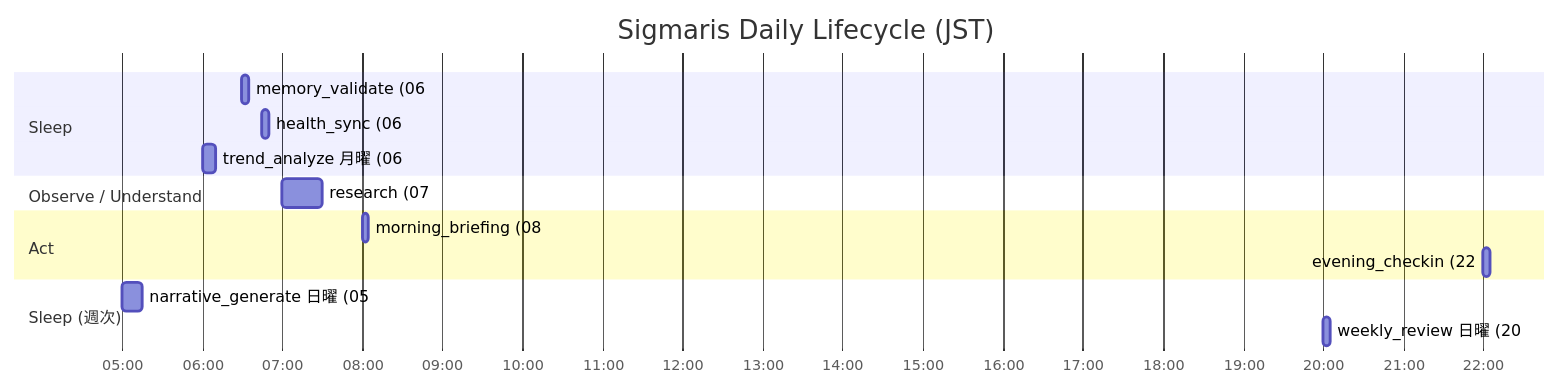
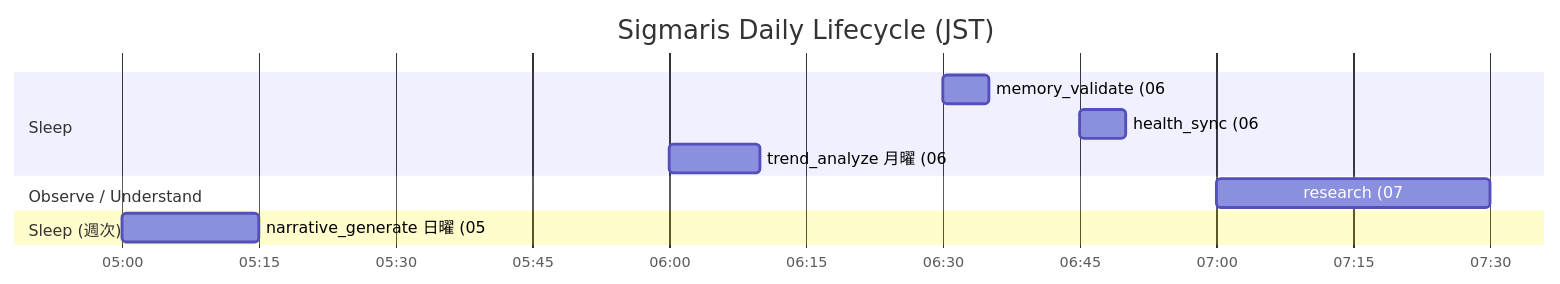
One commit to uthuyomi/sigmaris changed the second of 2 diagrams in docs/sigmaris/lifecycle.md. Above: the diagram before and after it, drawn with Mermaid. The commit also changed other lines of this file and 7 other files, not shown here.

````diff
--- a/docs/sigmaris/lifecycle.md
+++ b/docs/sigmaris/lifecycle.md
@@ -305,24 +305,17 @@
 ```mermaid
 gantt
     title Sigmaris Daily Lifecycle (JST)
     dateFormat HH:mm
     axisFormat %H:%M
 
     section Sleep
     memory_validate (06:30)    :done, 06:30, 5m
     health_sync (06:45)        :done, 06:45, 5m
     trend_analyze 月曜 (06:00) :done, 06:00, 10m
 
     section Observe / Understand
     research (07:00)           :active, 07:00, 30m
 
-    section Act
-    morning_briefing (08:00)   :active, 08:00, 5m
-
-    section Act
-    evening_checkin (22:00)    :active, 22:00, 5m
-
     section Sleep (週次)
     narrative_generate 日曜 (05:00) :done, 05:00, 15m
-    weekly_review 日曜 (20:00)      :active, 20:00, 5m
 ```
````
